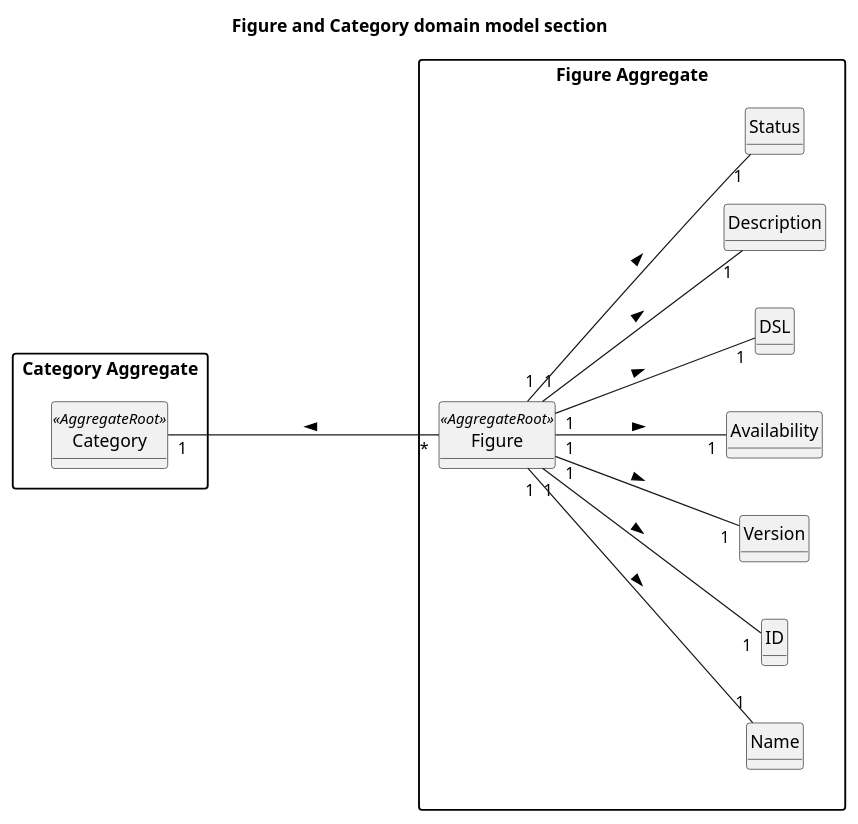
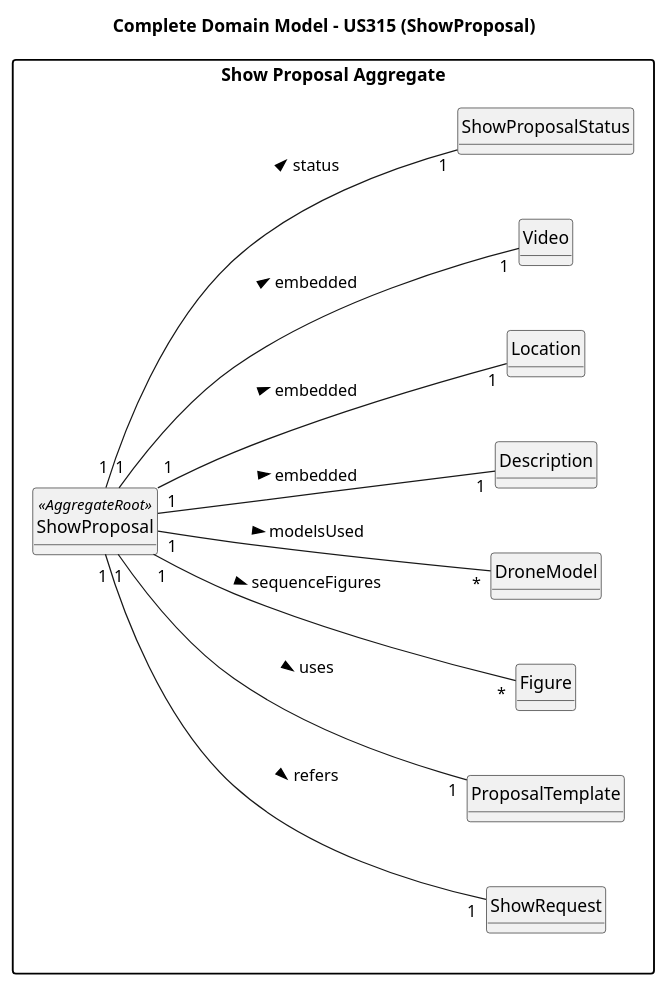
One commit to SAEmanuel/Shodrone_ISEP changed the diagram in docs/planning/sprint3/EAPLI/US315 - Add video of simulation to the proposal/02.analysis/puml/us232-domain-model.puml. Above: the diagram before and after it, drawn with PlantUML. The commit also changed 2 other files, not shown here.

Commit message:
EAPLI [US315] - Analysis for Add Video of Simulation to the Proposal Related to: #141 #144 #155

```diff
--- a/docs/planning/sprint3/EAPLI/US315 - Add video of simulation to the proposal/02.analysis/puml/us232-domain-model.puml
+++ b/docs/planning/sprint3/EAPLI/US315 - Add video of simulation to the proposal/02.analysis/puml/us232-domain-model.puml
@@ -1,57 +1,38 @@
 @startuml
 
 skinparam monochrome true
 skinparam packageStyle rectangle
 skinparam shadowing false
 left to right direction
 
-title Figure and Category domain model section
+title Complete Domain Model - US315 (ShowProposal)
 
 hide circles
 hide methods
 
-package "Category Aggregate" {
+package "Show Proposal Aggregate" {
 
-    class Category <<AggregateRoot>> {
+    class ShowProposal <<AggregateRoot>> {
     }
 
+    class ShowRequest
+    class ProposalTemplate
+    class Figure
+    class DroneModel
+    class Description
+    class Location
+    class Video
+    class ShowProposalStatus
 }
 
-package "Figure Aggregate" {
+ShowProposal "1" --- "1" ShowRequest : refers >
+ShowProposal "1" --- "1" ProposalTemplate : uses >
+ShowProposal "1" --- "*" Figure : sequenceFigures >
+ShowProposal "1" --- "*" DroneModel : modelsUsed >
 
-    class Figure <<AggregateRoot>> {
-    }
-
-    class Name {
-    }
-
-    class ID {
-    }
-
-    class Version {
-    }
-
-    class Availability {
-    }
-
-    class DSL {
-    }
-
-    class Description {
-    }
-
-    class Status {
-    }
-}
-
-Category "1" ---- "*" Figure : <
-
-Figure "1" --- "1" ID: >
-Figure "1" --- "1" Name: >
-Figure "1" --- "1" Description: >
-Figure "1" --- "1" Version: >
-Figure "1" --- "1" Availability: >
-Figure "1" --- "1" DSL: >
-Figure "1" --- "1" Status: >
+ShowProposal "1" --- "1" Description : embedded >
+ShowProposal "1" --- "1" Location : embedded >
+ShowProposal "1" --- "1" Video : embedded >
+ShowProposal "1" --- "1" ShowProposalStatus : status >
 
 @enduml
```
